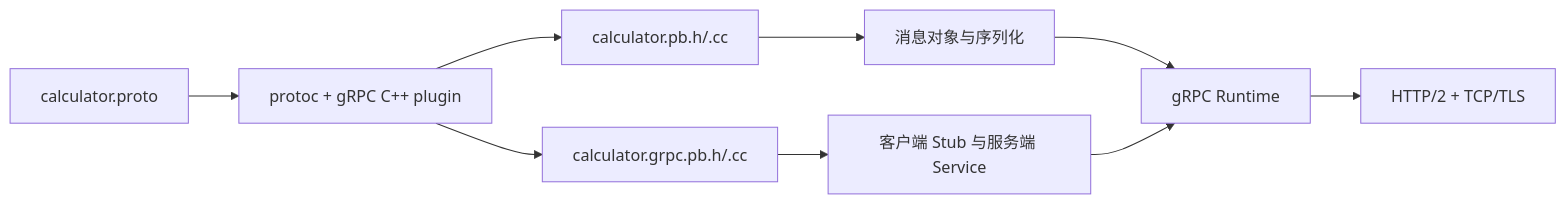
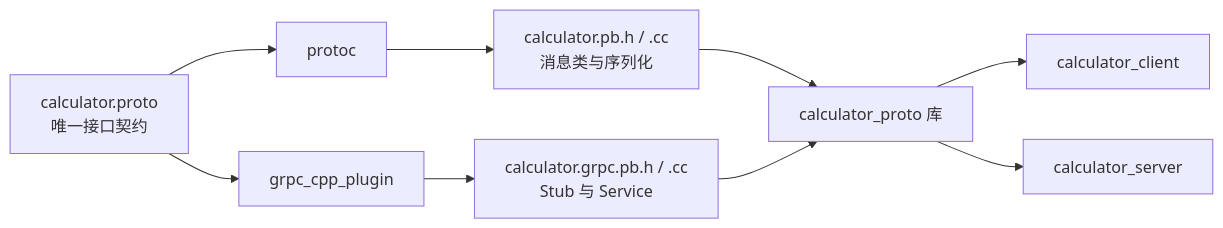
Before and after one commit to 495229520/obsidian_notes: the first of 5 diagrams in 3.Linux/7. 网络编程基础/7.4.2 gRPC.md, drawn with Mermaid. The commit also changed other lines of this file and 28 other files, not shown here.

````diff
--- a/3.Linux/7. 网络编程基础/7.4.2 gRPC.md
+++ b/3.Linux/7. 网络编程基础/7.4.2 gRPC.md
@@ -63,11 +95,11 @@
 ```mermaid
 flowchart LR
-    A[calculator.proto] --> B[protoc + gRPC C++ plugin]
-    B --> C[calculator.pb.h/.cc]
-    B --> D[calculator.grpc.pb.h/.cc]
-    C --> E[消息对象与序列化]
-    D --> F[客户端 Stub 与服务端 Service]
-    E --> G[gRPC Runtime]
-    F --> G
-    G --> H[HTTP/2 + TCP/TLS]
+    A[calculator.proto<br/>唯一接口契约] --> B[protoc]
+    A --> C[grpc_cpp_plugin]
+    B --> D[calculator.pb.h / .cc<br/>消息类与序列化]
+    C --> E[calculator.grpc.pb.h / .cc<br/>Stub 与 Service]
+    D --> F[calculator_proto 库]
+    E --> F
+    F --> G[calculator_client]
+    F --> H[calculator_server]
 ```
````
